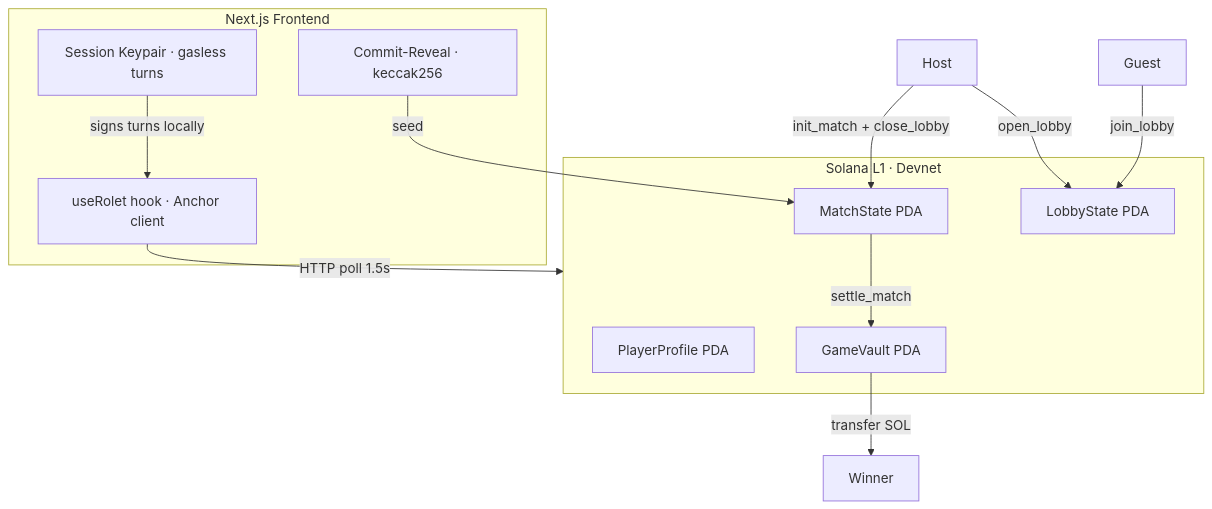
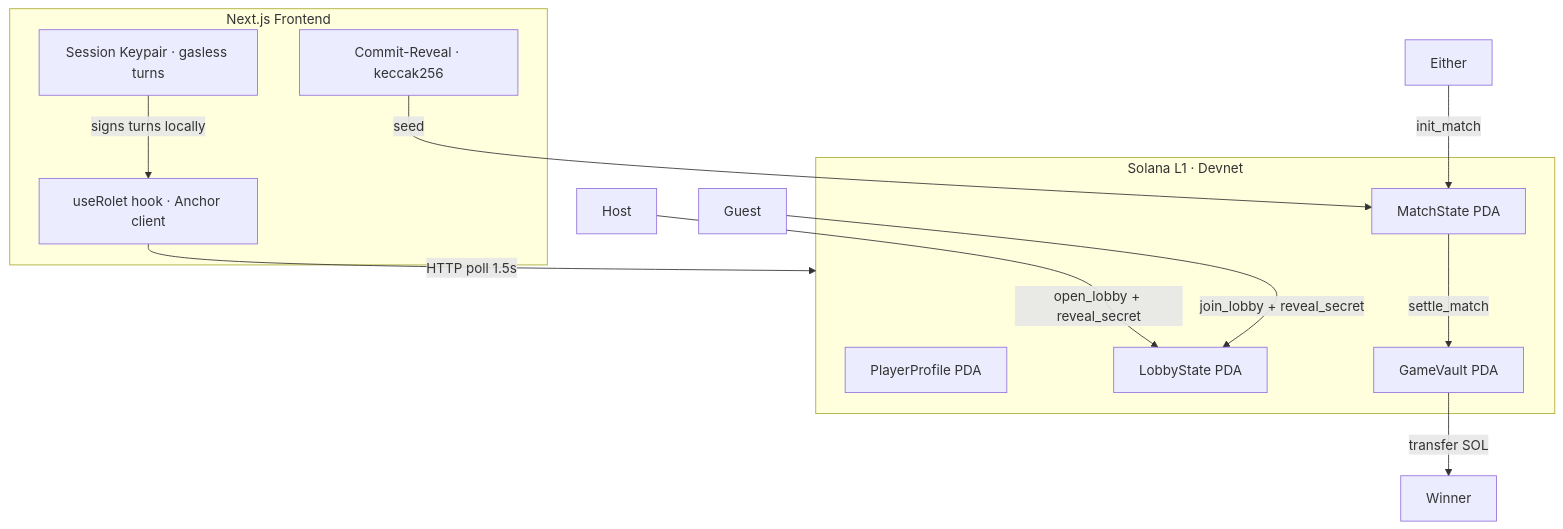
One commit to SmtDcs/rolet changed the diagram in README.md. Above: the diagram before and after it, drawn with Mermaid. The commit also changed other lines of this file and 30 other files, not shown here.

````diff
--- a/README.md
+++ b/README.md
@@ -84,25 +88,25 @@
 ```mermaid
 graph TD
     subgraph Solana["Solana L1 · Devnet"]
         PP[PlayerProfile PDA]
         LS[LobbyState PDA]
         MS[MatchState PDA]
         GV[GameVault PDA]
     end
 
     subgraph Frontend["Next.js Frontend"]
         UR[useRolet hook · Anchor client]
         SK[Session Keypair · gasless turns]
         CR[Commit-Reveal · keccak256]
     end
 
-    Host -->|open_lobby| LS
-    Guest -->|join_lobby| LS
-    Host -->|init_match + close_lobby| MS
+    Host -->|open_lobby + reveal_secret| LS
+    Guest -->|join_lobby + reveal_secret| LS
+    Either -->|init_match| MS
     MS -->|settle_match| GV
     GV -->|transfer SOL| Winner
 
     UR -->|HTTP poll 1.5s| Solana
     SK -->|signs turns locally| UR
     CR -->|seed| MS
 ```
````
